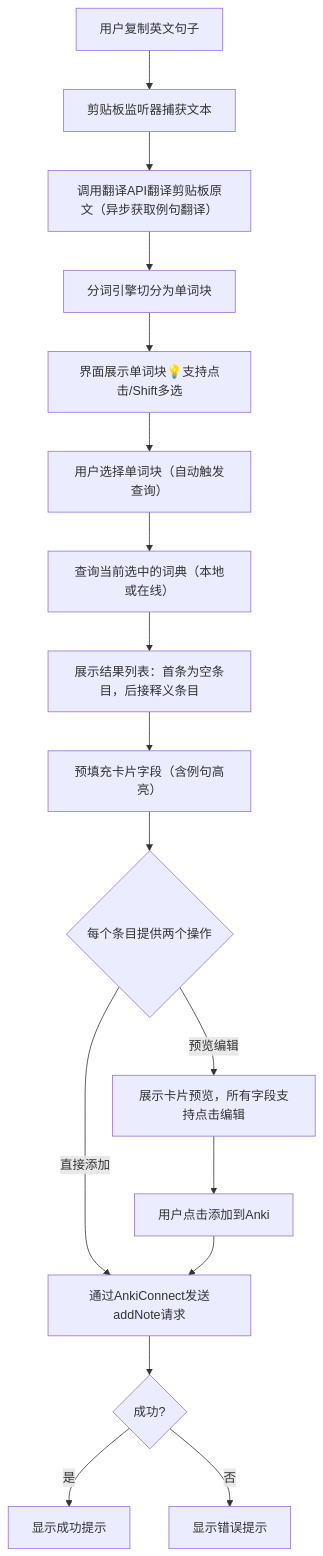
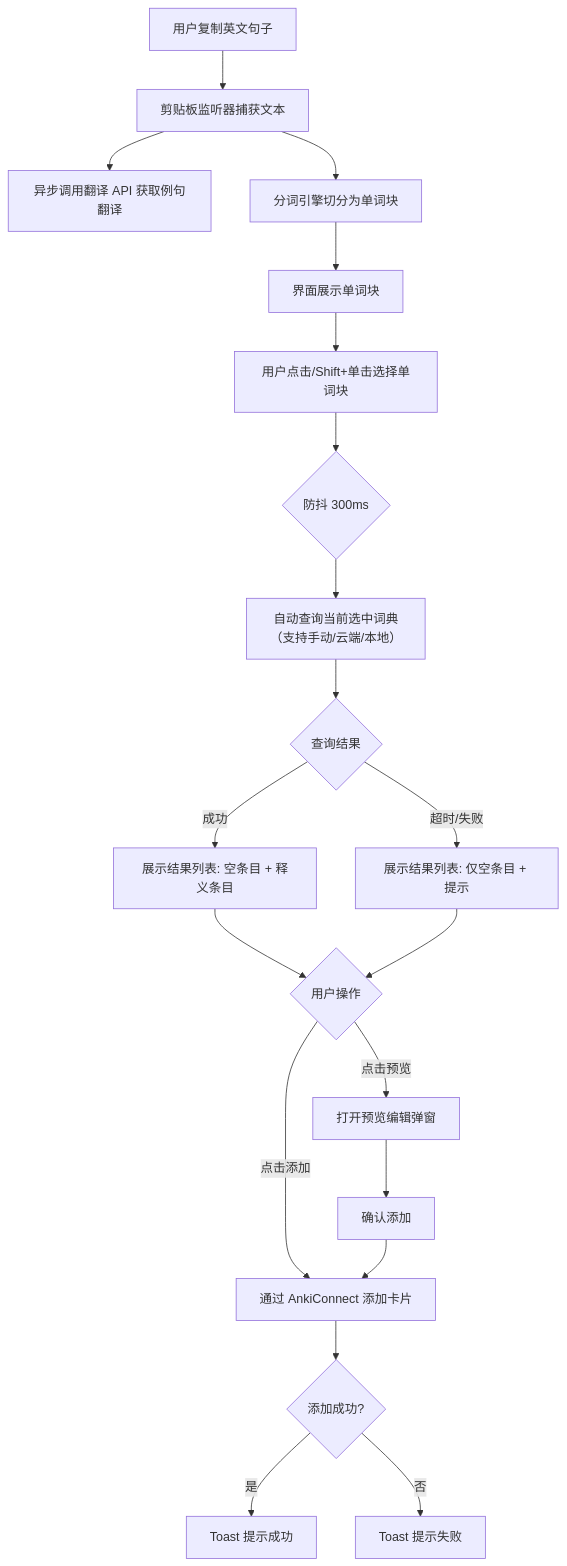
The diagram in README.md (Sticky-Finger/ankihelper-pc), drawn with Mermaid before and after one commit. The commit also changed other lines of this file and 6 other files, not shown here.

First line of the commit message:
docs: 更新核心流程图与需求文档，拆分词典查询引擎为三阶段

````diff
--- a/README.md
+++ b/README.md
@@ -24,23 +22,22 @@
 ```mermaid
-flowchart TD
-    A[用户复制英文句子] --> B[剪贴板监听器捕获文本]
-    B --> B1[调用翻译API翻译剪贴板原文（异步获取例句翻译）]
-    B1 --> C[分词引擎切分为单词块]
-    C --> D[界面展示单词块💡支持点击/Shift多选]
-    D --> E[用户选择单词块（自动触发查询）]
-    E --> F[查询当前选中的词典（本地或在线）]
-    F --> G[展示结果列表：首条为空条目，后接释义条目]
-    
-    G --> H[预填充卡片字段（含例句高亮）]
-    
-    H --> I{每个条目提供两个操作}
-    
-    I -->|直接添加| J[通过AnkiConnect发送addNote请求]
-    J --> K{成功?}
-    K -->|是| L[显示成功提示]
-    K -->|否| M[显示错误提示]
-    
-    I -->|预览编辑| N[展示卡片预览，所有字段支持点击编辑]
-    N --> O[用户点击添加到Anki]
-    O --> J
+graph TD
+    A[用户复制英文句子] --> B[剪贴板监听器捕获文本];
+    B --> C[异步调用翻译 API 获取例句翻译];
+    B --> D[分词引擎切分为单词块];
+    D --> E[界面展示单词块];
+    E --> F[用户点击/Shift+单击选择单词块];
+    F --> G{防抖 300ms};
+    G --> H[自动查询当前选中词典<br/>（支持手动/云端/本地）];
+    H --> I{查询结果};
+    I -->|成功| J[展示结果列表: 空条目 + 释义条目];
+    I -->|超时/失败| K[展示结果列表: 仅空条目 + 提示];
+    J --> L{用户操作};
+    K --> L;
+    L -->|点击添加| M[通过 AnkiConnect 添加卡片];
+    L -->|点击预览| N[打开预览编辑弹窗];
+    N --> O[确认添加];
+    O --> M;
+    M --> P{添加成功?};
+    P -->|是| Q[Toast 提示成功];
+    P -->|否| R[Toast 提示失败];
 ```
````
